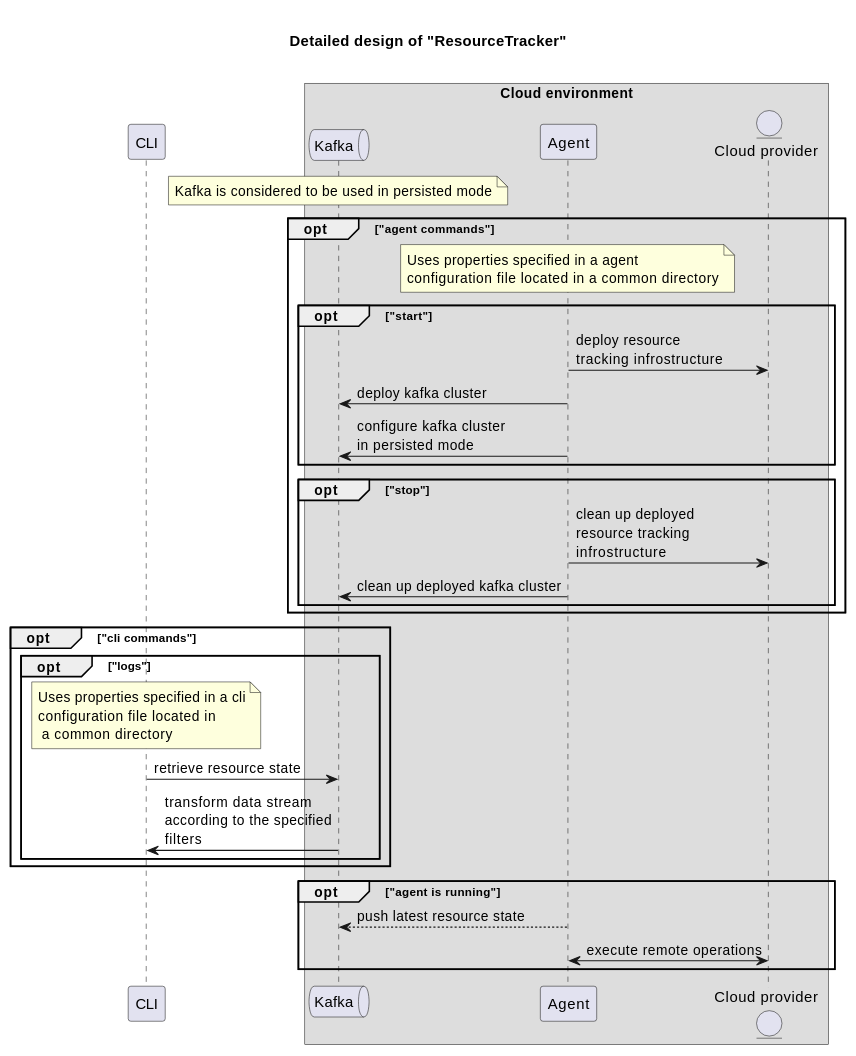
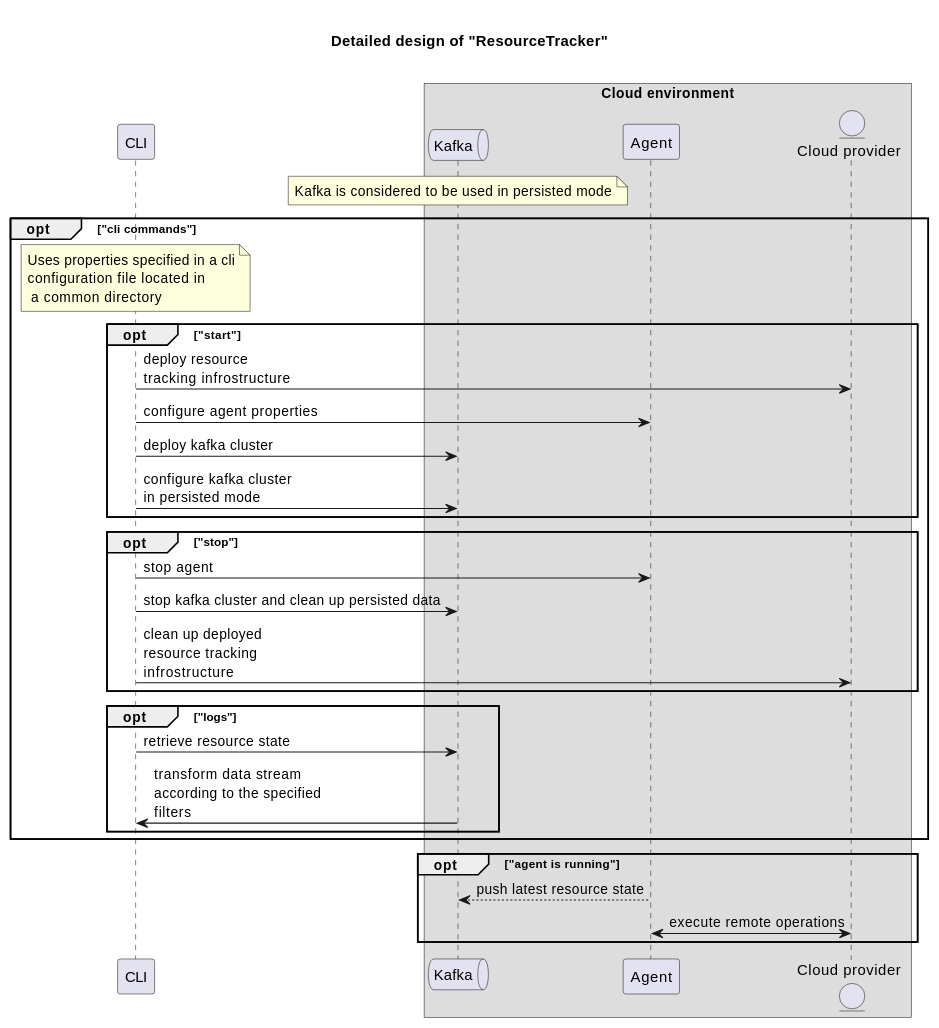
The diagram in docs/detailed-design-raw.md (YarikRevich/ResourceTracker), drawn with PlantUML before and after one commit. The commit also changed 166 other files, not shown here.

````diff
--- a/docs/detailed-design-raw.md
+++ b/docs/detailed-design-raw.md
@@ -1,49 +1,45 @@
 ```plantuml
 title
 
   Detailed design of "ResourceTracker"
 
 end title
 
 participant "CLI" as cli
 
 box "Cloud environment"
 queue "Kafka" as kafka
 participant "Agent" as agent
 entity "Cloud provider" as cloudprovider
 end box
 
 note over kafka: Kafka is considered to be used in persisted mode
 
-opt "agent commands"
-note over agent: Uses properties specified in a agent\nconfiguration file located in a common directory
+opt "cli commands"
+note over cli: Uses properties specified in a cli\nconfiguration file located in\n a common directory
 
 opt "start"
-agent -> cloudprovider: deploy resource\ntracking infrostructure
-agent -> kafka: deploy kafka cluster
-agent -> kafka: configure kafka cluster\nin persisted mode
+cli -> cloudprovider: deploy resource\ntracking infrostructure
+cli -> agent: configure agent properties
+cli -> kafka: deploy kafka cluster
+cli -> kafka: configure kafka cluster\nin persisted mode
 end
 
 opt "stop"
-agent -> cloudprovider: clean up deployed\nresource tracking\ninfrostructure
-agent -> kafka: clean up deployed kafka cluster
+cli -> agent: stop agent
+cli -> kafka: stop kafka cluster and clean up persisted data
+cli -> cloudprovider: clean up deployed\nresource tracking\ninfrostructure
 end
 
-end
-
-opt "cli commands"
 opt "logs"
-note over cli: Uses properties specified in a cli\nconfiguration file located in\n a common directory
-
 cli -> kafka: retrieve resource state
 kafka -> cli: transform data stream\naccording to the specified\nfilters
-
 end
 
 end
 
 opt "agent is running"
 agent --> kafka: push latest resource state
 agent <-> cloudprovider: execute remote operations
 end
 ```
````
